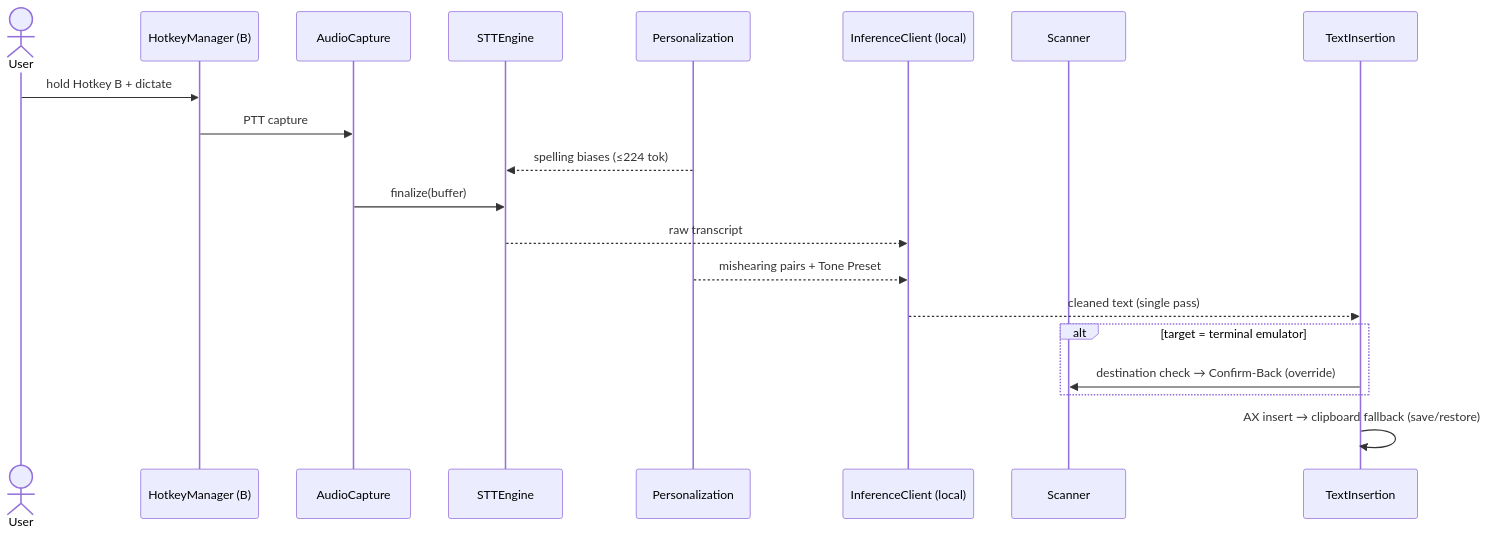
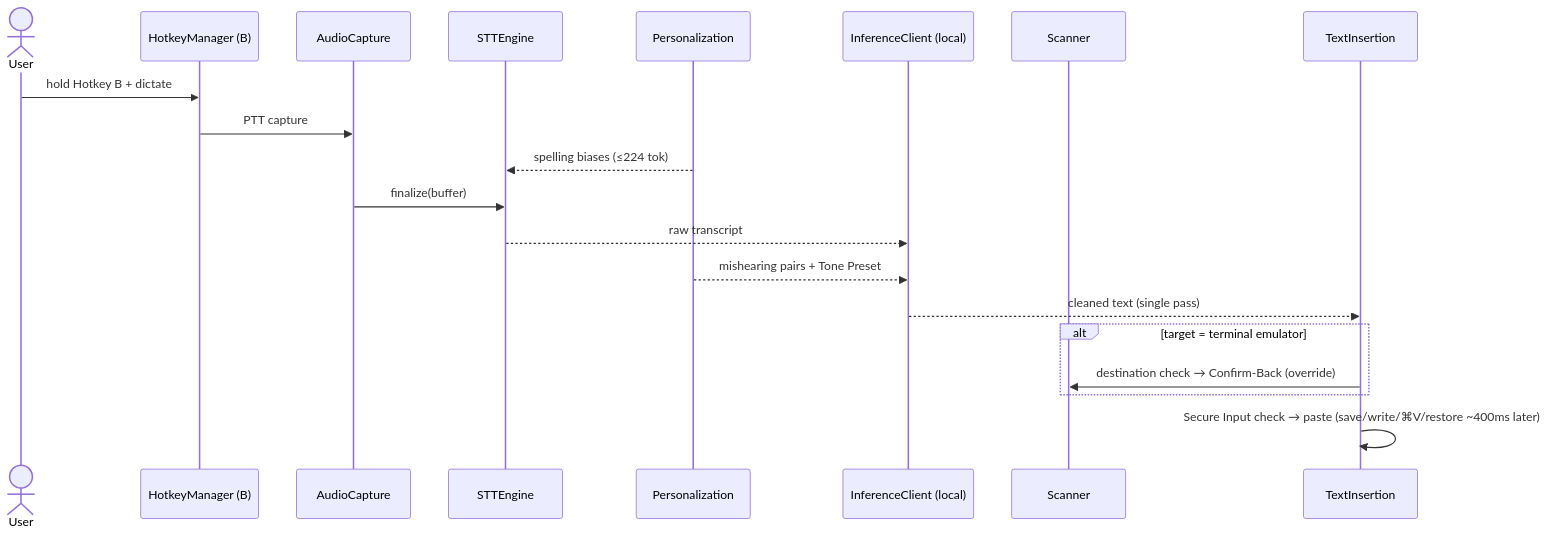
Diagram 15 of 19 in docs/04-hld.md (smgrv123/Nox), drawn with Mermaid before and after one commit. The commit also changed other lines of this file and 3 other files, not shown here.

````diff
--- a/docs/04-hld.md
+++ b/docs/04-hld.md
@@ -851,22 +853,22 @@
 ```mermaid
 sequenceDiagram
   actor U as User
   participant HK as HotkeyManager (B)
   participant AC as AudioCapture
   participant STT as STTEngine
   participant P as Personalization
   participant IC as InferenceClient (local)
   participant SC as Scanner
   participant TI as TextInsertion
   U->>HK: hold Hotkey B + dictate
   HK->>AC: PTT capture
   P-->>STT: spelling biases (≤224 tok)
   AC->>STT: finalize(buffer)
   STT-->>IC: raw transcript
   P-->>IC: mishearing pairs + Tone Preset
   IC-->>TI: cleaned text (single pass)
   alt target = terminal emulator
     TI->>SC: destination check → Confirm-Back (override)
   end
-  TI->>TI: AX insert → clipboard fallback (save/restore)
+  TI->>TI: Secure Input check → paste (save/write/⌘V/restore ~400ms later)
 ```
````
